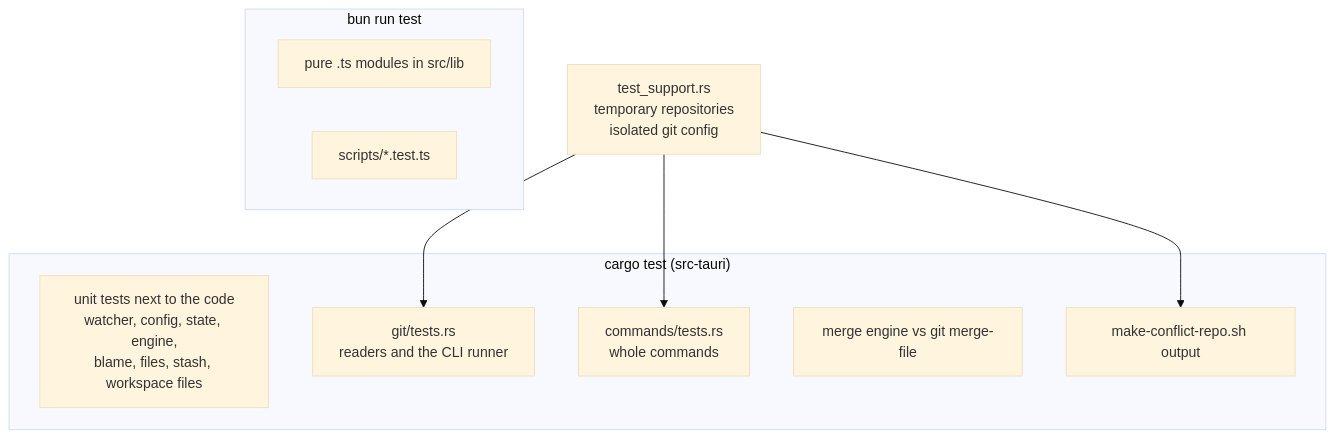
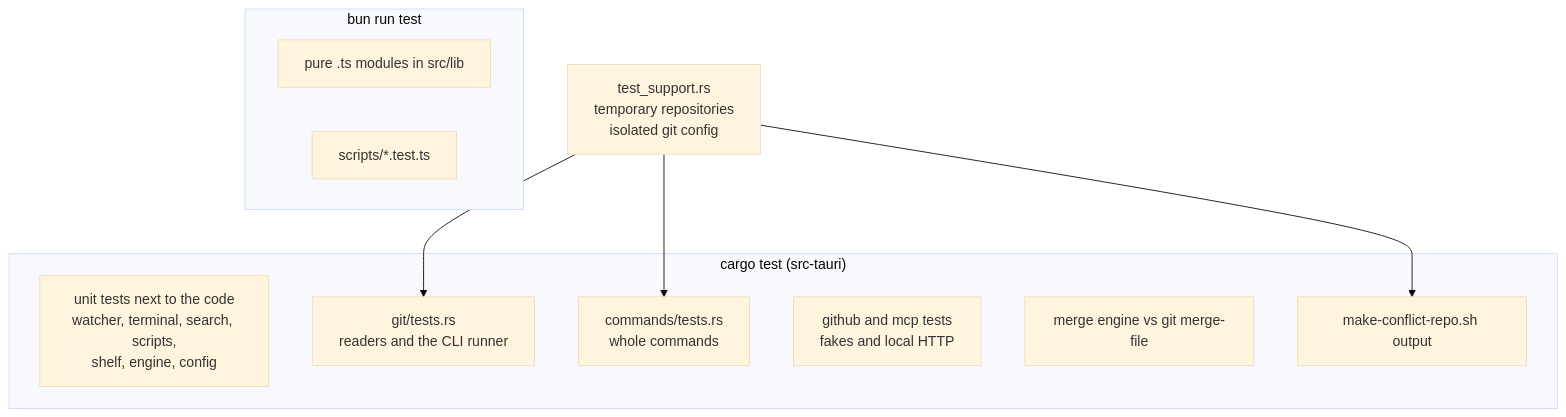
One commit to shibbirweb/git-manager changed the diagram in docs/wiki/developer/Testing.md. Above: the diagram before and after it, drawn with Mermaid (base theme). The commit also changed other lines of this file and 110 other files, not shown here.

````diff
--- a/docs/wiki/developer/Testing.md
+++ b/docs/wiki/developer/Testing.md
@@ -5,17 +5,18 @@
 ```mermaid
 flowchart TB
   subgraph Rust["cargo test (src-tauri)"]
-    Unit["unit tests next to the code<br/>watcher, config, state, engine,<br/>blame, files, stash, workspace files"]
+    Unit["unit tests next to the code<br/>watcher, terminal, search, scripts,<br/>shelf, engine, config"]
     Git["git/tests.rs<br/>readers and the CLI runner"]
     Cmd["commands/tests.rs<br/>whole commands"]
+    Fakes["github and mcp tests<br/>fakes and local HTTP"]
     Oracle["merge engine vs git merge-file"]
     Script["make-conflict-repo.sh output"]
   end
   subgraph Vitest["bun run test"]
     Pure["pure .ts modules in src/lib"]
     Tools["scripts/*.test.ts"]
   end
   Support["test_support.rs<br/>temporary repositories<br/>isolated git config"] --> Git
   Support --> Cmd
   Support --> Script
 ```
````
